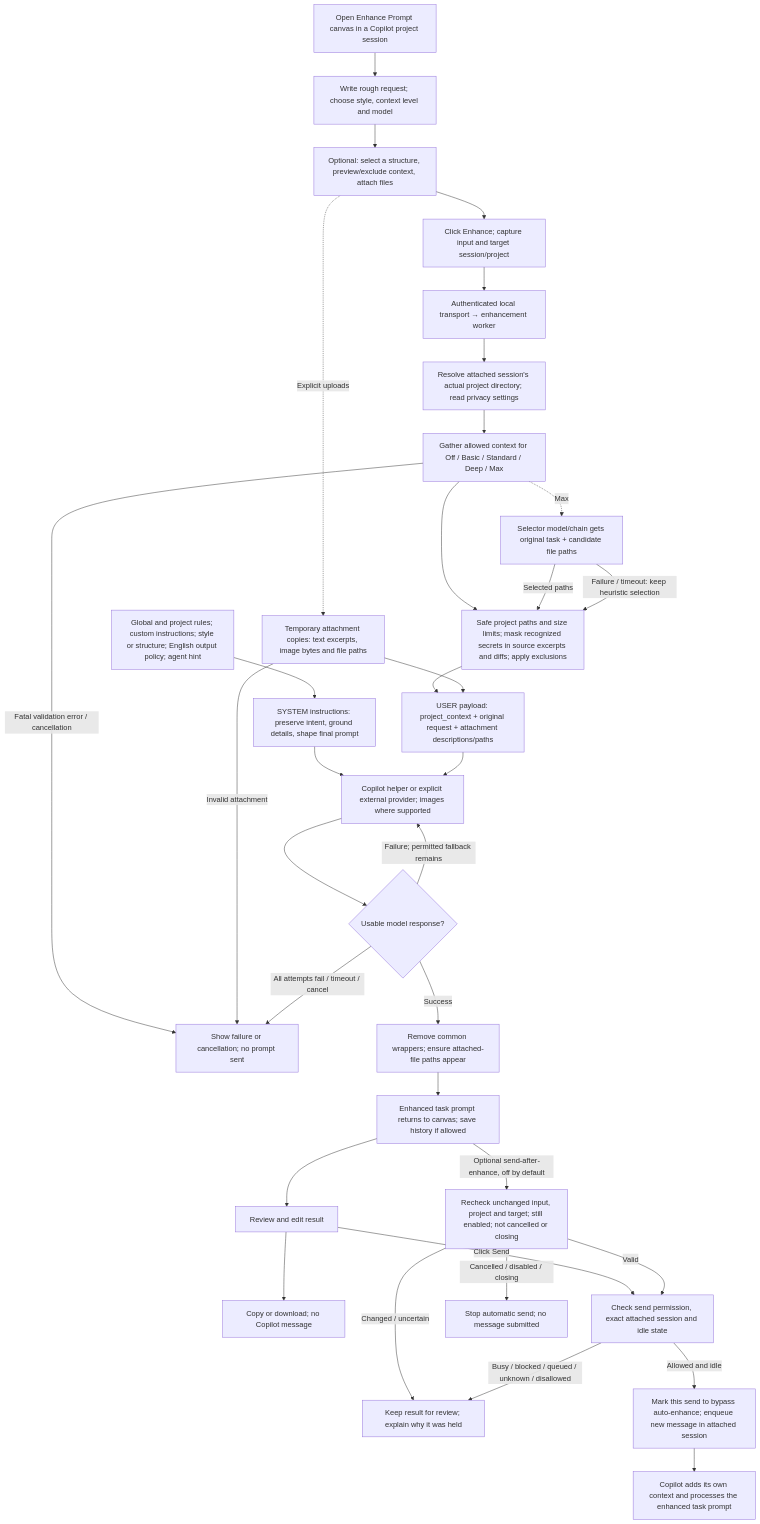
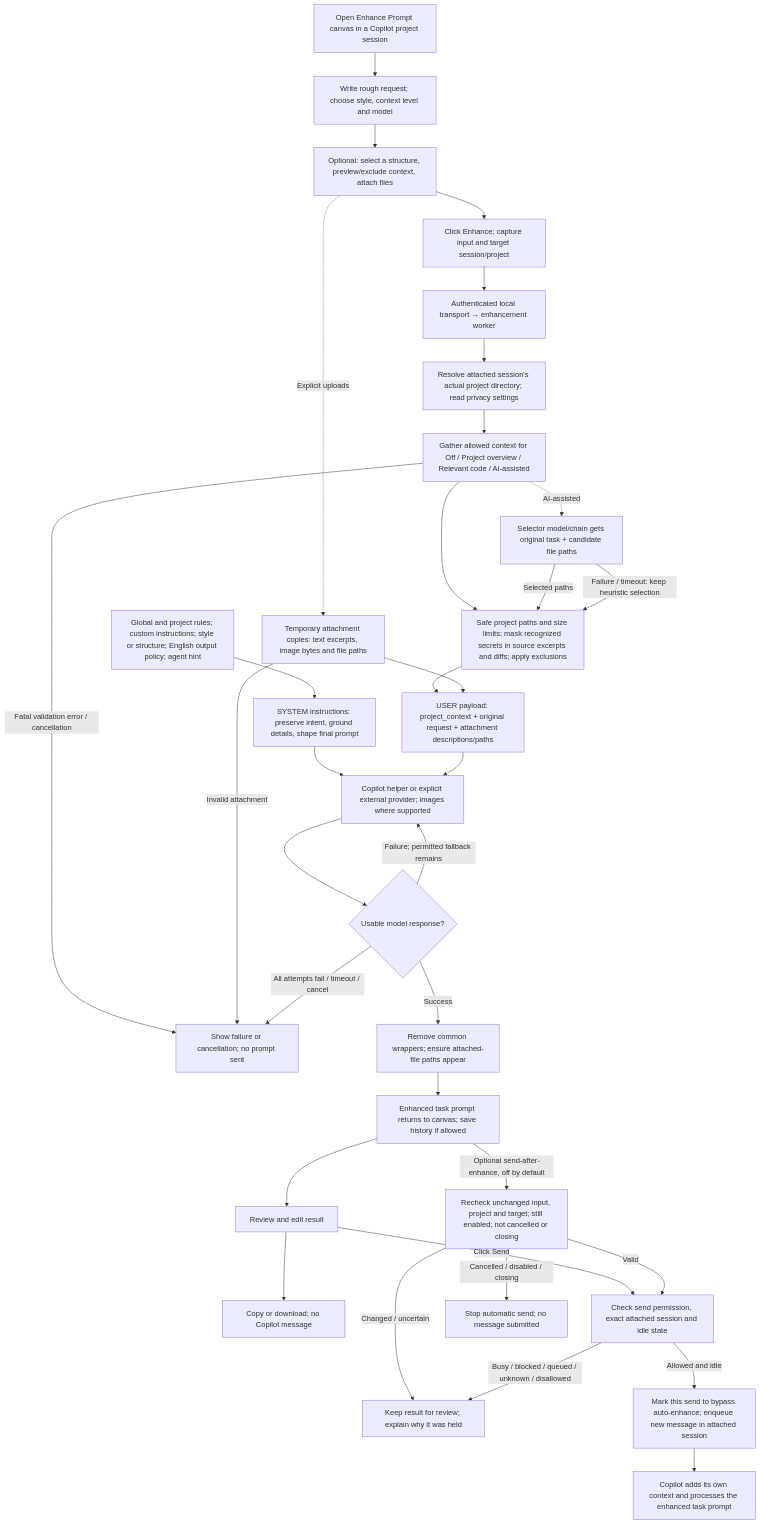
Before and after one commit to AndrewGodlewsky/copilot-enhance-prompt: the first of 2 diagrams in docs/prompt-workflow.md, drawn with Mermaid. The commit also changed other lines of this file and 45 other files, not shown here.

````diff
--- a/docs/prompt-workflow.md
+++ b/docs/prompt-workflow.md
@@ -9,36 +9,36 @@
 ```mermaid
 flowchart TD
     A["Open Enhance Prompt canvas in a Copilot project session"] --> B["Write rough request; choose style, context level and model"]
     B --> C["Optional: select a structure, preview/exclude context, attach files"]
     C --> D["Click Enhance; capture input and target session/project"]
     D --> E["Authenticated local transport → enhancement worker"]
     E --> F["Resolve attached session's actual project directory; read privacy settings"]
-    F --> G["Gather allowed context for Off / Basic / Standard / Deep / Max"]
+    F --> G["Gather allowed context for Off / Project overview / Relevant code / AI-assisted"]
     G --> H["Safe project paths and size limits; mask recognized secrets in source excerpts and diffs; apply exclusions"]
-    G -. "Max" .-> P["Selector model/chain gets original task + candidate file paths"]
+    G -. "AI-assisted" .-> P["Selector model/chain gets original task + candidate file paths"]
     P -- "Selected paths" --> H
     P -- "Failure / timeout: keep heuristic selection" --> H
     G -- "Fatal validation error / cancellation" --> X
     C -. "Explicit uploads" .-> I["Temporary attachment copies: text excerpts, image bytes and file paths"]
     I -- "Invalid attachment" --> X
     J["Global and project rules; custom instructions; style or structure; English output policy; agent hint"] --> K["SYSTEM instructions: preserve intent, ground details, shape final prompt"]
     H --> L["USER payload: project_context + original request + attachment descriptions/paths"]
     I --> L
     K --> M["Copilot helper or explicit external provider; images where supported"]
     L --> M
     M --> N{"Usable model response?"}
     N -- "Failure; permitted fallback remains" --> M
     N -- "All attempts fail / timeout / cancel" --> X["Show failure or cancellation; no prompt sent"]
     N -- "Success" --> O["Remove common wrappers; ensure attached-file paths appear"]
     O --> R["Enhanced task prompt returns to canvas; save history if allowed"]
     R --> S["Review and edit result"]
     S --> T["Copy or download; no Copilot message"]
     S -- "Click Send" --> U["Check send permission, exact attached session and idle state"]
     R -- "Optional send-after-enhance, off by default" --> V["Recheck unchanged input, project and target; still enabled; not cancelled or closing"]
     V -- "Valid" --> U
     V -- "Changed / uncertain" --> W["Keep result for review; explain why it was held"]
     V -- "Cancelled / disabled / closing" --> Q["Stop automatic send; no message submitted"]
     U -- "Busy / blocked / queued / unknown / disallowed" --> W
     U -- "Allowed and idle" --> Y["Mark this send to bypass auto-enhance; enqueue new message in attached session"]
     Y --> Z["Copilot adds its own context and processes the enhanced task prompt"]
 ```
````
